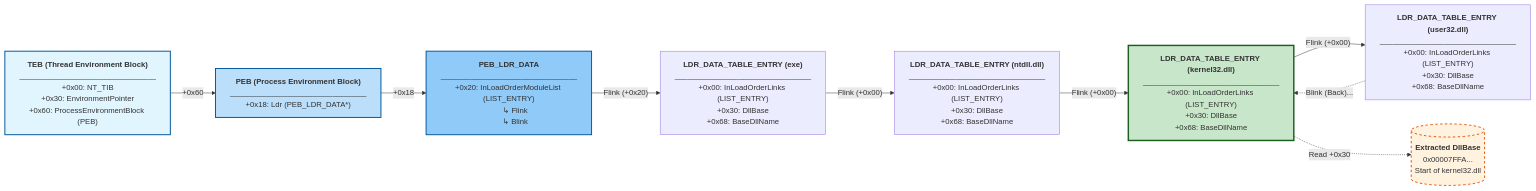
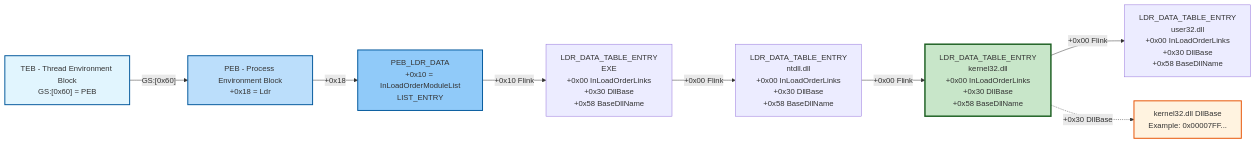
One commit to adolfcna/ATTvDEF changed the second of 2 diagrams in content/Mitre Attack/Resource Development TA0042/Develop Capabilities T1587/Exploit/ShellCode/Windows x64 Assembly.md. Above: the diagram before and after it, drawn with Mermaid.

Commit message:
vault backup: 2026-10-06 22:06:14

````diff
--- a/content/Mitre Attack/Resource Development TA0042/Develop Capabilities T1587/Exploit/ShellCode/Windows x64 Assembly.md
+++ b/content/Mitre Attack/Resource Development TA0042/Develop Capabilities T1587/Exploit/ShellCode/Windows x64 Assembly.md
@@ -162,42 +162,35 @@
 ```mermaid
 flowchart LR
-    %% TEB Structure
-    TEB["<b>TEB (Thread Environment Block)</b><br>________________________________<br>+0x00: NT_TIB<br>+0x30: EnvironmentPointer<br>+0x60: ProcessEnvironmentBlock (PEB)"]
-    
-    %% PEB Structure
-    PEB["<b>PEB (Process Environment Block)</b><br>________________________________<br>+0x18: Ldr (PEB_LDR_DATA*)"]
-    
-    %% PEB_LDR_DATA Structure
-    LDR["<b>PEB_LDR_DATA</b><br>________________________________<br>+0x20: InLoadOrderModuleList (LIST_ENTRY)<br>      ↳ Flink<br>      ↳ Blink"]
-    
-    %% LDR_DATA_TABLE_ENTRY (Module 1: exe)
-    Mod0["<b>LDR_DATA_TABLE_ENTRY (exe)</b><br>________________________________<br>+0x00: InLoadOrderLinks (LIST_ENTRY)<br>+0x30: DllBase<br>+0x68: BaseDllName"]
-    
-    %% LDR_DATA_TABLE_ENTRY (Module 2: ntdll)
-    Mod1["<b>LDR_DATA_TABLE_ENTRY (ntdll.dll)</b><br>________________________________<br>+0x00: InLoadOrderLinks (LIST_ENTRY)<br>+0x30: DllBase<br>+0x68: BaseDllName"]
-    
-    %% LDR_DATA_TABLE_ENTRY (Module 3: kernel32)
-    Mod2["<b>LDR_DATA_TABLE_ENTRY (kernel32.dll)</b><br>________________________________<br>+0x00: InLoadOrderLinks (LIST_ENTRY)<br>+0x30: DllBase<br>+0x68: BaseDllName"]
-    
-    %% LDR_DATA_TABLE_ENTRY (Module 4: user32)
-    Mod3["<b>LDR_DATA_TABLE_ENTRY (user32.dll)</b><br>________________________________<br>+0x00: InLoadOrderLinks (LIST_ENTRY)<br>+0x30: DllBase<br>+0x68: BaseDllName"]
 
-    %% Pointers showing structural traversal
-    TEB -- "+0x60" --> PEB
-    PEB -- "+0x18" --> LDR
-    
-    LDR -- "Flink (+0x20)" --> Mod0
-    Mod0 -- "Flink (+0x00)" --> Mod1
-    Mod1 -- "Flink (+0x00)" --> Mod2
-    Mod2 -- "Flink (+0x00)" --> Mod3
-    Mod3 -.-> |"Blink (Back)"...| Mod2
+    TEB["TEB - Thread Environment Block<br/>GS:[0x60] = PEB"]
 
-    %% Highlighting the final extraction
-    Mod2 -.-> |"Read +0x30"| BaseAddr[("<b>Extracted DllBase</b><br>0x00007FFA...<br>Start of kernel32.dll")]
-    
+    PEB["PEB - Process Environment Block<br/>+0x18 = Ldr"]
+
+    LDR["PEB_LDR_DATA<br/>+0x10 = InLoadOrderModuleList<br/>LIST_ENTRY"]
+
+    EXE["LDR_DATA_TABLE_ENTRY<br/>EXE<br/>+0x00 InLoadOrderLinks<br/>+0x30 DllBase<br/>+0x58 BaseDllName"]
+
+    NTDLL["LDR_DATA_TABLE_ENTRY<br/>ntdll.dll<br/>+0x00 InLoadOrderLinks<br/>+0x30 DllBase<br/>+0x58 BaseDllName"]
+
+    K32["LDR_DATA_TABLE_ENTRY<br/>kernel32.dll<br/>+0x00 InLoadOrderLinks<br/>+0x30 DllBase<br/>+0x58 BaseDllName"]
+
+    USER32["LDR_DATA_TABLE_ENTRY<br/>user32.dll<br/>+0x00 InLoadOrderLinks<br/>+0x30 DllBase<br/>+0x58 BaseDllName"]
+
+    BASE["kernel32.dll DllBase<br/>Example: 0x00007FF..."]
+
+    TEB -->|"GS:[0x60]"| PEB
+    PEB -->|"+0x18"| LDR
+
+    LDR -->|"+0x10 Flink"| EXE
+    EXE -->|"+0x00 Flink"| NTDLL
+    NTDLL -->|"+0x00 Flink"| K32
+    K32 -->|"+0x00 Flink"| USER32
+
+    K32 -.->|"+0x30 DllBase"| BASE
+
     style TEB fill:#e1f5fe,stroke:#01579b,stroke-width:2px
     style PEB fill:#bbdefb,stroke:#01579b,stroke-width:2px
     style LDR fill:#90caf9,stroke:#01579b,stroke-width:2px
-    style Mod2 fill:#c8e6c9,stroke:#1b5e20,stroke-width:3px
-    style BaseAddr fill:#fff3e0,stroke:#e65100,stroke-width:2px,stroke-dasharray: 5 5
+    style K32 fill:#c8e6c9,stroke:#1b5e20,stroke-width:3px
+    style BASE fill:#fff3e0,stroke:#e65100,stroke-width:2px
 ```
````
